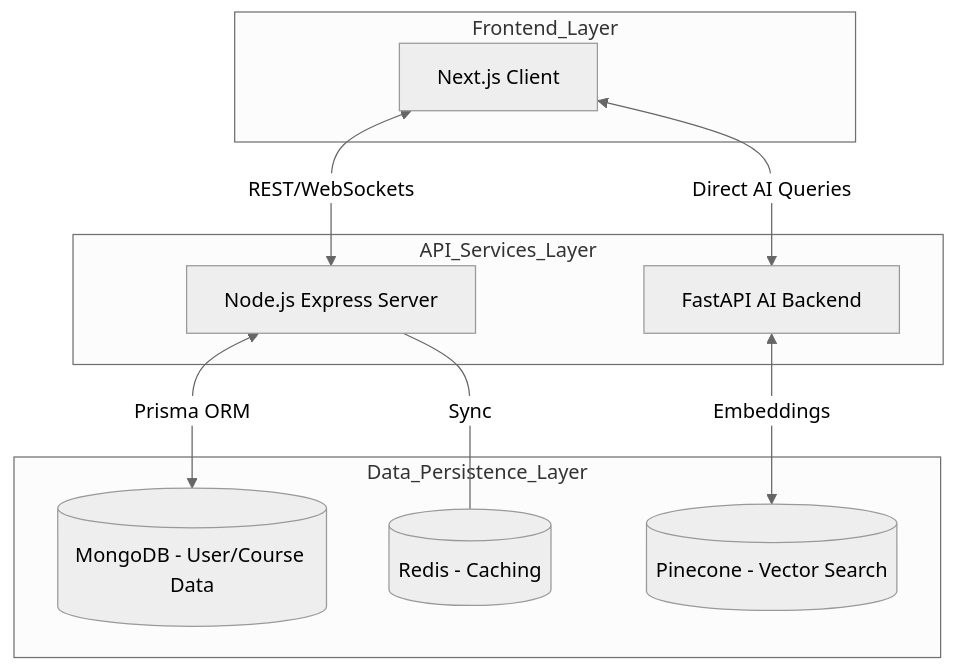
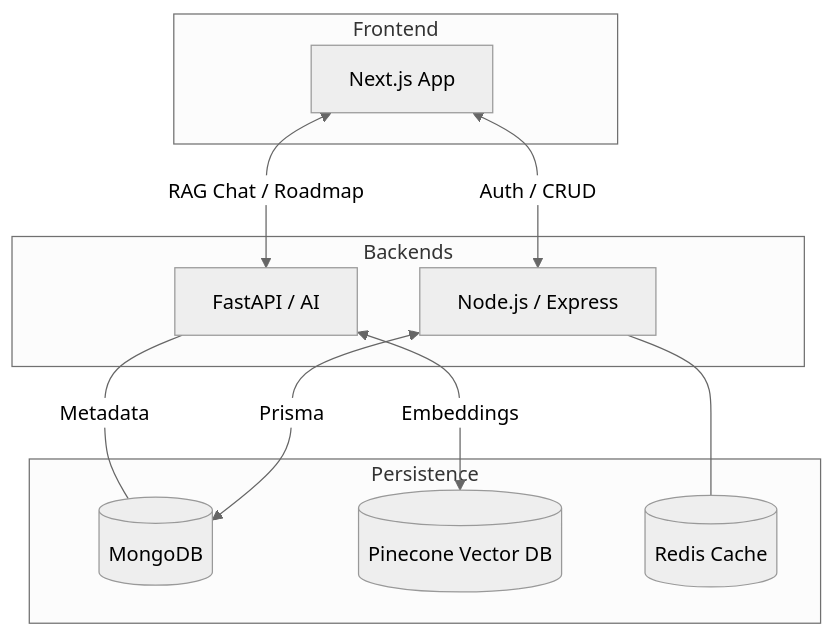
Before and after one commit to Nitya-003/Edulume: the first of 2 diagrams in Readme.md, drawn with Mermaid (neutral theme). The commit also changed other lines of this file, not shown here.

````diff
--- a/Readme.md
+++ b/Readme.md
@@ -65,23 +23,24 @@
 ```mermaid
 graph TD
-    subgraph Frontend_Layer
-        A[Next.js Client]
+    subgraph Client_Side [Frontend]
+        A[Next.js App]
     end
 
-    subgraph API_Services_Layer
-        B[Node.js Express Server]
-        C[FastAPI AI Backend]
+    subgraph Logic_Layer [Backends]
+        B[Node.js / Express]
+        C[FastAPI / AI]
     end
 
-    subgraph Data_Persistence_Layer
-        D[(MongoDB - User/Course Data)]
-        E[(Pinecone - Vector Search)]
-        F[(Redis - Caching)]
+    subgraph Data_Layer [Persistence]
+        D[(MongoDB)]
+        E[(Pinecone Vector DB)]
+        F[(Redis Cache)]
     end
 
-    A <-->|REST/WebSockets| B
-    A <-->|Direct AI Queries| C
-    B <-->|Prisma ORM| D
+    A <-->|Auth / CRUD| B
+    A <-->|RAG Chat / Roadmap| C
+    B <-->|Prisma| D
+    B --- F
     C <-->|Embeddings| E
-    B ---|Sync| F
+    C ---|Metadata| D
 ```
````
